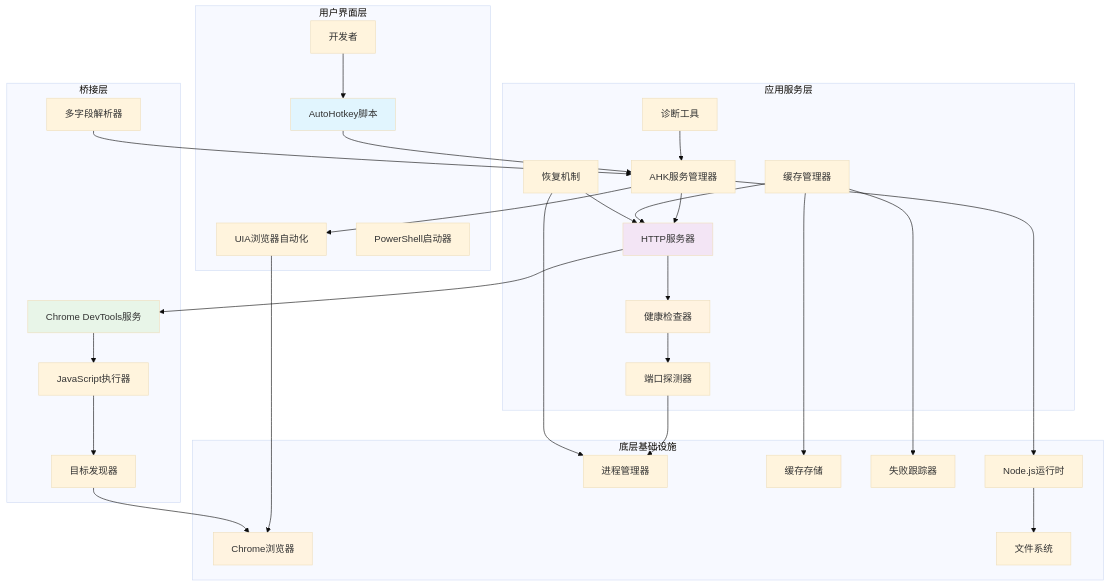
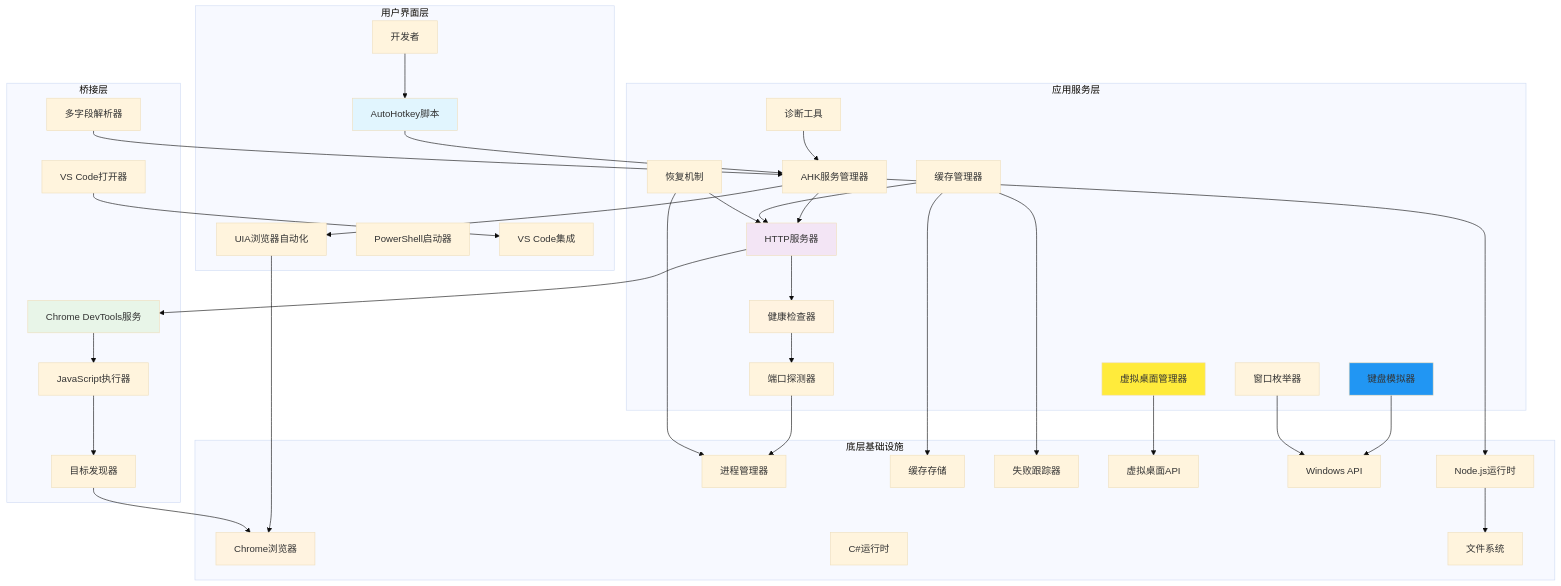
Before and after one commit to wangys-123doit/hotkey: the second of 13 diagrams in .qoder/repowiki/zh/content/外部工具集成/Node.js桥接工具.md, drawn with Mermaid (base theme). The commit also changed other lines of this file and 5 other files, not shown here.

````diff
--- a/.qoder/repowiki/zh/content/外部工具集成/Node.js桥接工具.md
+++ b/.qoder/repowiki/zh/content/外部工具集成/Node.js桥接工具.md
@@ -169,58 +196,72 @@
 ```mermaid
 graph TB
 subgraph "用户界面层"
 AHK[AutoHotkey脚本]
 User[开发者]
 UIA[UIA浏览器自动化]
 PS[PowerShell启动器]
+VSCode[VS Code集成]
 end
 subgraph "应用服务层"
 AHKService[AHK服务管理器]
 HTTPServer[HTTP服务器]
 HealthChecker[健康检查器]
 PortProbe[端口探测器]
 Diagnostic[诊断工具]
 CacheManager[缓存管理器]
 RecoveryMechanism[恢复机制]
+VirtualDesktopManager[虚拟桌面管理器]
+KeyboardSimulator[键盘模拟器]
+WindowEnumerator[窗口枚举器]
 end
 subgraph "桥接层"
 CDPServer[Chrome DevTools服务]
 JSEvaluator[JavaScript执行器]
 TargetFinder[目标发现器]
 MultiFieldParser[多字段解析器]
+VSCodeOpener[VS Code打开器]
 end
 subgraph "底层基础设施"
 Chrome[Chrome浏览器]
 NodeJS[Node.js运行时]
+CSharpRuntime[C#运行时]
 FileSystem[文件系统]
 ProcessManager[进程管理器]
 CacheStorage[缓存存储]
 FailureTracker[失败跟踪器]
+VirtualDesktop[虚拟桌面API]
+WindowsAPI[Windows API]
 end
 User --> AHK
 AHK --> AHKService
 AHKService --> HTTPServer
 HTTPServer --> HealthChecker
 HealthChecker --> PortProbe
 PortProbe --> ProcessManager
 AHKService --> UIA
 UIA --> Chrome
 HTTPServer --> CDPServer
 CDPServer --> JSEvaluator
 JSEvaluator --> TargetFinder
 TargetFinder --> Chrome
 AHKService --> NodeJS
 NodeJS --> FileSystem
 MultiFieldParser --> AHKService
 Diagnostic --> AHKService
 CacheManager --> CacheStorage
 CacheManager --> FailureTracker
 RecoveryMechanism --> ProcessManager
 CacheManager --> HTTPServer
 RecoveryMechanism --> HTTPServer
+VirtualDesktopManager --> VirtualDesktop
+KeyboardSimulator --> WindowsAPI
+WindowEnumerator --> WindowsAPI
+VSCodeOpener --> VSCode
 style AHK fill:#e1f5fe
 style HTTPServer fill:#f3e5f5
 style CDPServer fill:#e8f5e8
 style Chrome fill:#fff3e0
 style HealthChecker fill:#fff3e0
+style VirtualDesktopManager fill:#ffeb3b
+style KeyboardSimulator fill:#2196f3
 ```
````
